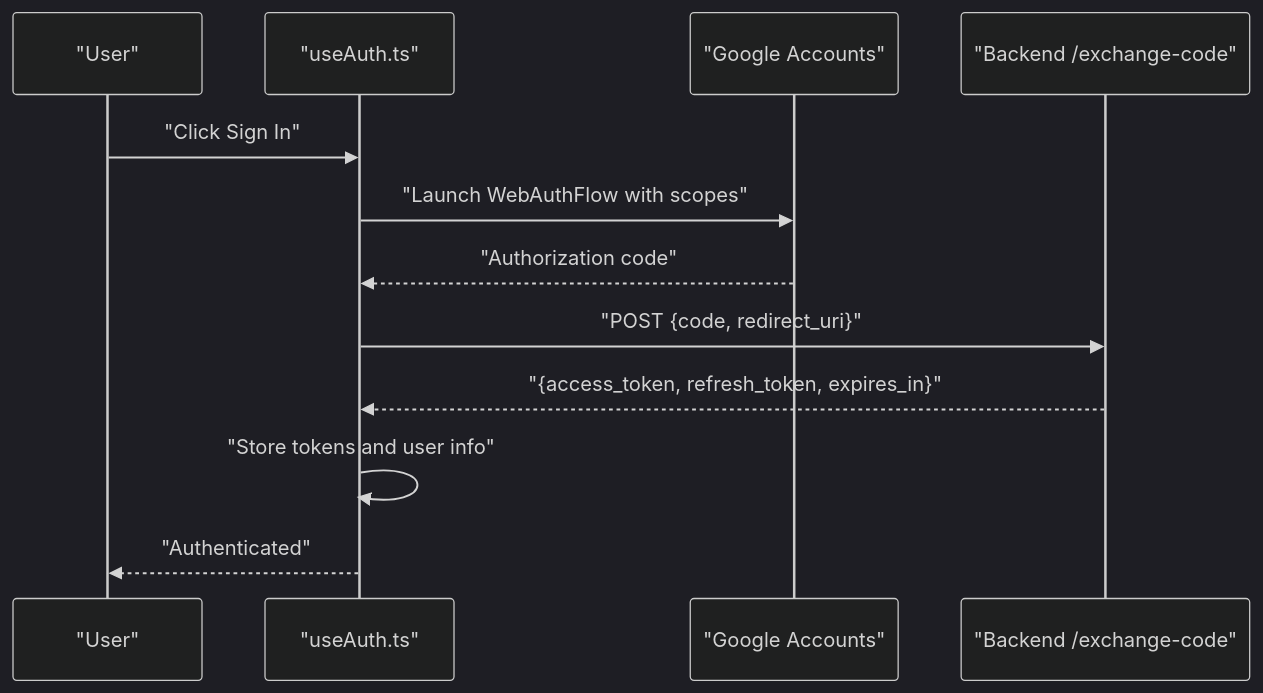
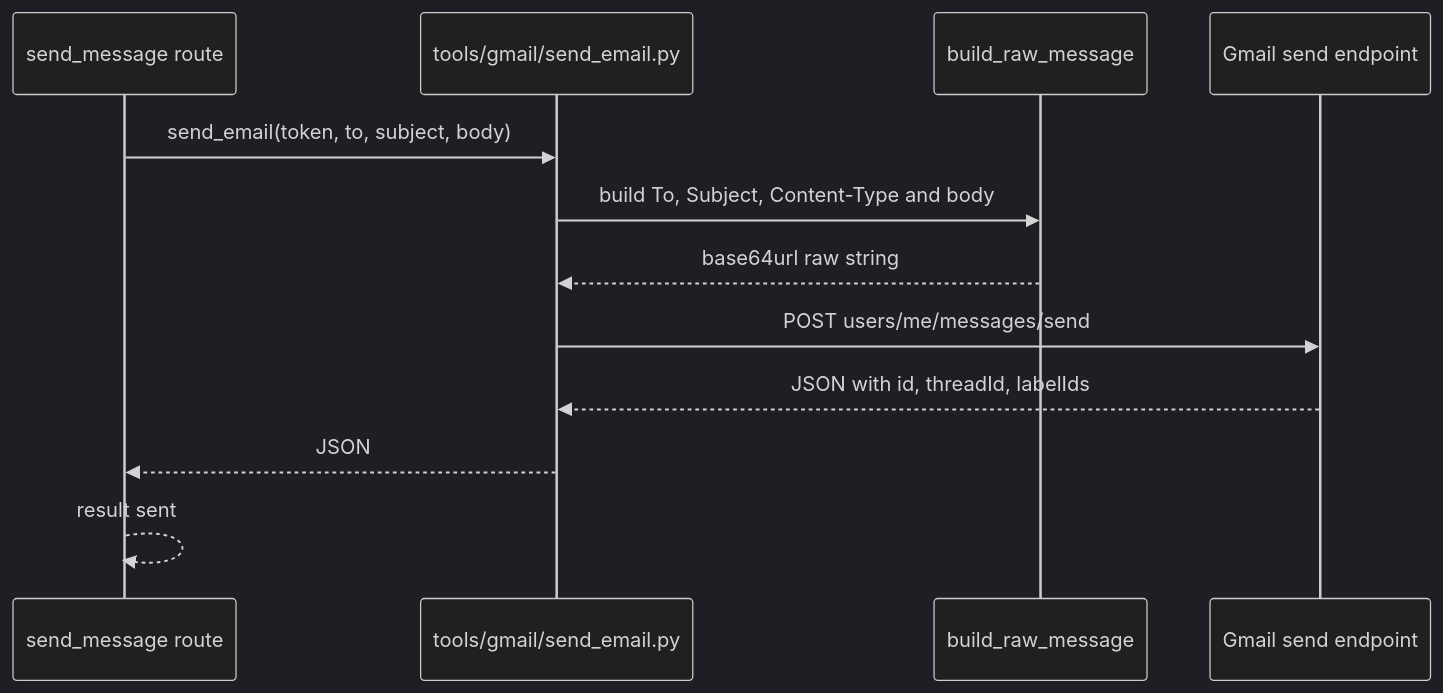
The fourth of 6 diagrams in src/data/docs/agentic-browser/Service Integrations/Gmail Integration.md (tashifkhan/tashif.codes), drawn with Mermaid (dark theme) before and after one commit. The commit also changed other lines of this file and 114 other files, not shown here.

````diff
--- a/src/data/docs/agentic-browser/Service Integrations/Gmail Integration.md
+++ b/src/data/docs/agentic-browser/Service Integrations/Gmail Integration.md
@@ -140,14 +129,14 @@
 ```mermaid
 sequenceDiagram
-participant U as "User"
-participant E as "useAuth.ts"
-participant G as "Google Accounts"
-participant B as "Backend /exchange-code"
-U->>E : "Click Sign In"
-E->>G : "Launch WebAuthFlow with scopes"
-G-->>E : "Authorization code"
-E->>B : "POST {code, redirect_uri}"
-B-->>E : "{access_token, refresh_token, expires_in}"
-E->>E : "Store tokens and user info"
-E-->>U : "Authenticated"
+  participant R as send_message route
+  participant T as tools/gmail/send_email.py
+  participant B as build_raw_message
+  participant G as Gmail send endpoint
+  R->>T: send_email(token, to, subject, body)
+  T->>B: build To, Subject, Content-Type and body
+  B-->>T: base64url raw string
+  T->>G: POST users/me/messages/send
+  G-->>T: JSON with id, threadId, labelIds
+  T-->>R: JSON
+  R-->>R: result sent
 ```
````
